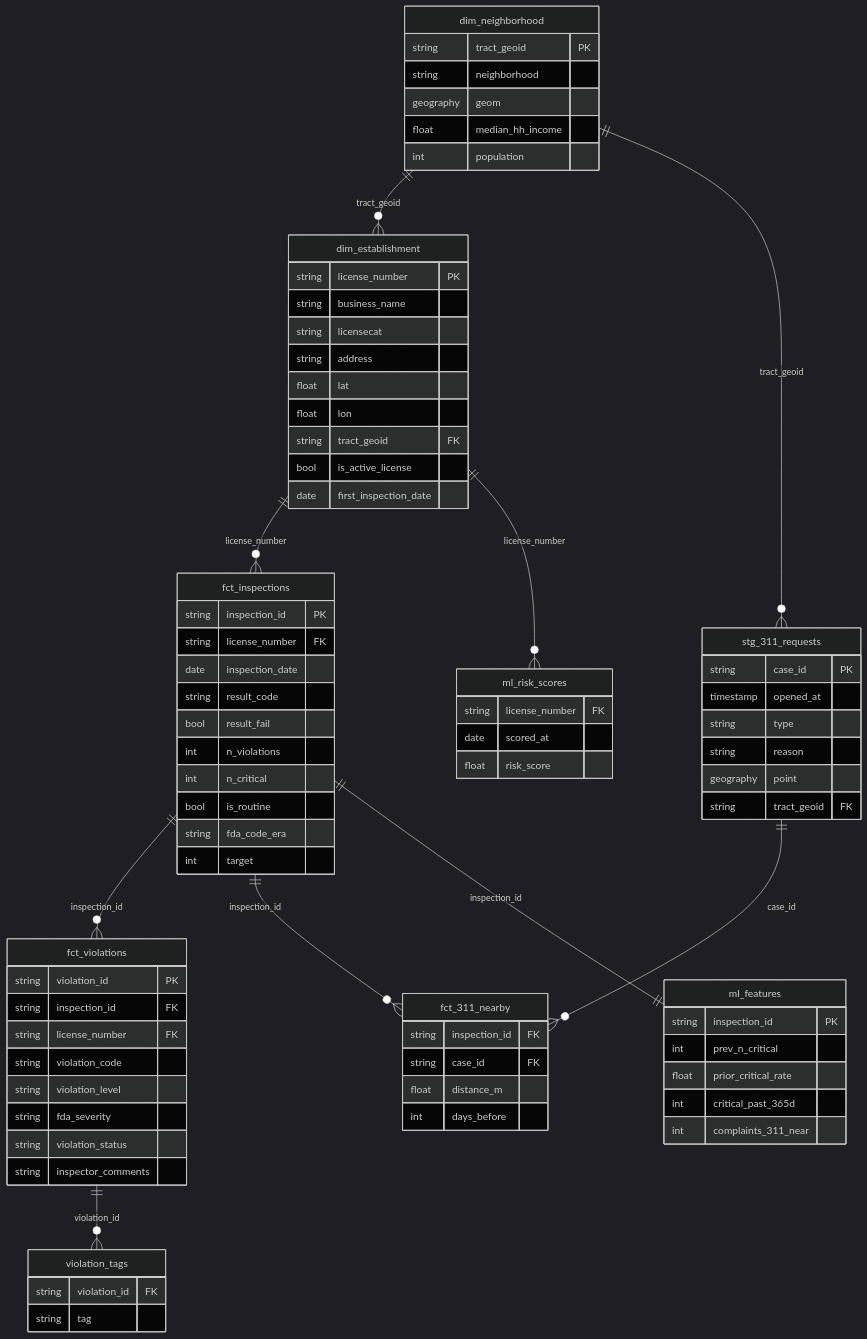
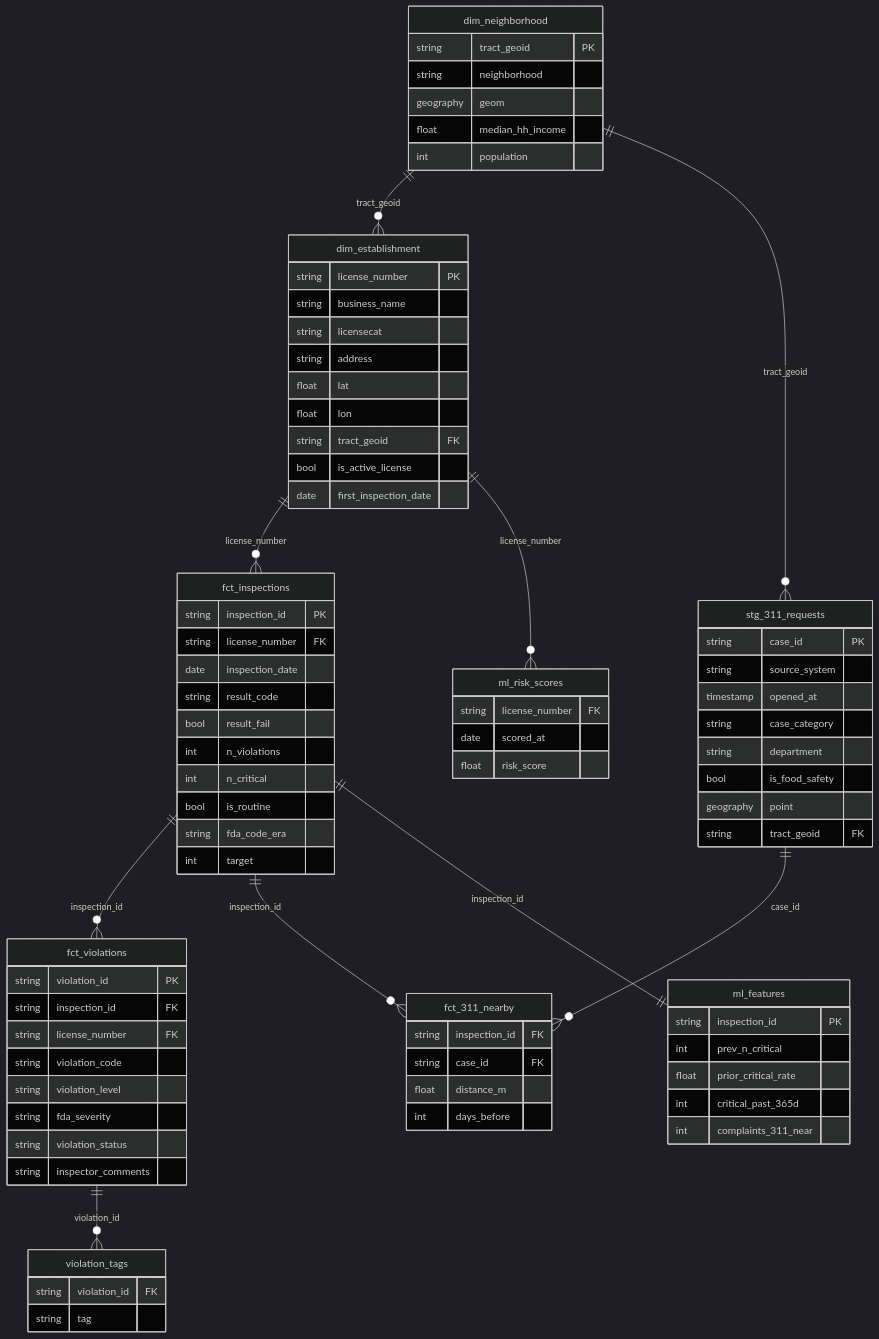
The diagram in docs/data_model.md (kaihungtran/ba882-boston-inspections), drawn with Mermaid (dark theme) before and after one commit. The commit also changed other lines of this file and 1 other file, not shown here.

```diff
--- a/docs/data_model.md
+++ b/docs/data_model.md
@@ -76,9 +78,11 @@
   }
   stg_311_requests {
     string case_id PK
+    string source_system
     timestamp opened_at
-    string type
-    string reason
+    string case_category
+    string department
+    bool is_food_safety
     geography point
     string tract_geoid FK
   }
```
